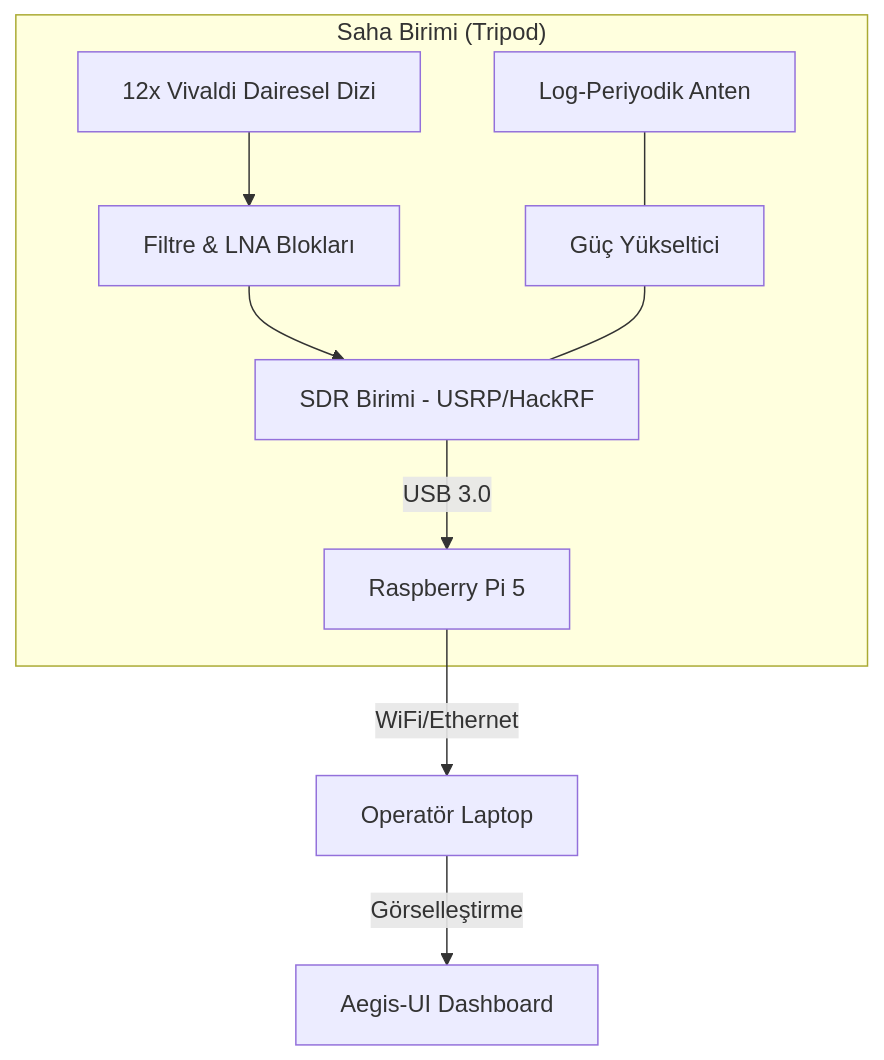
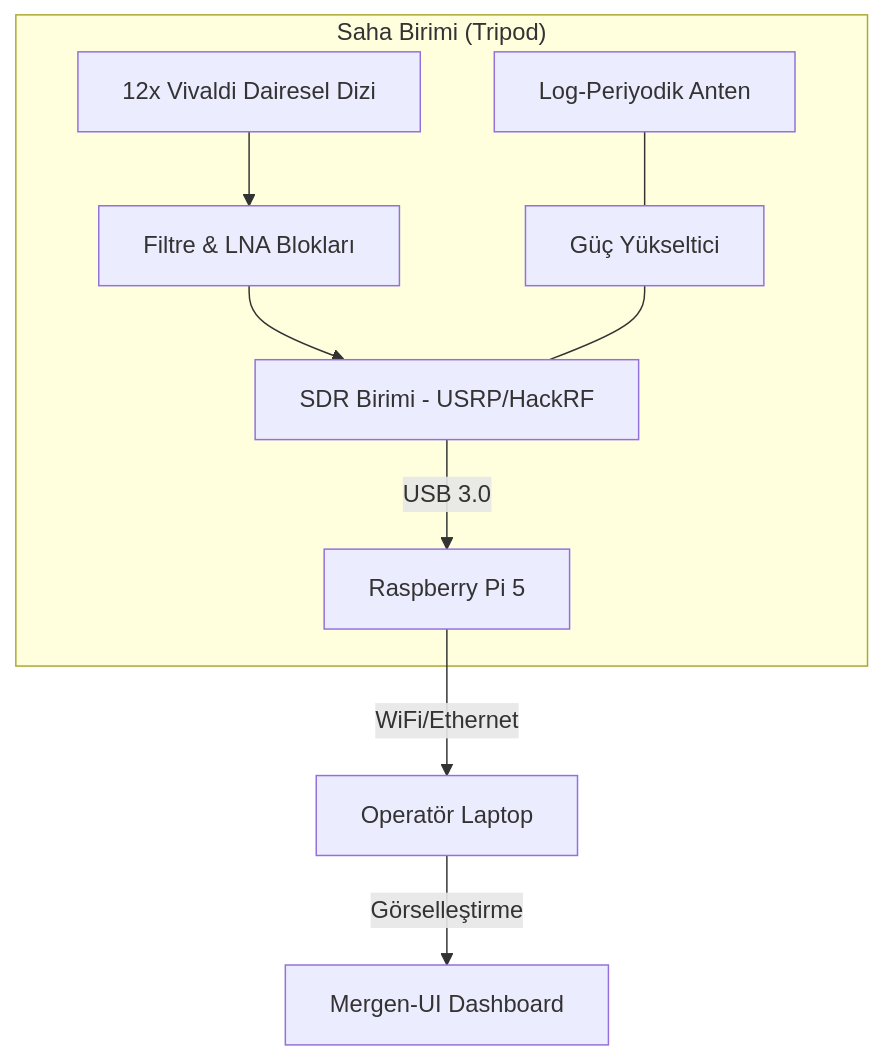
The diagram in DONANIM_PLANI.md (bahattinyunus/teknofest_elektronik_harp), drawn with Mermaid before and after one commit. The commit also changed other lines of this file and 37 other files, not shown here.

Commit message:
Rebranding: Transform Aegis-AI into Mergen-AI (Turkic Mythology Upgrade)

````diff
--- a/DONANIM_PLANI.md
+++ b/DONANIM_PLANI.md
@@ -39,13 +39,13 @@
 ```mermaid
 graph TD
     subgraph "Saha Birimi (Tripod)"
         Anten[12x Vivaldi Dairesel Dizi] --> LNA[Filtre & LNA Blokları]
         LNA --> SDR[SDR Birimi - USRP/HackRF]
         SDR -->|USB 3.0| RPi[Raspberry Pi 5]
         LogP[Log-Periyodik Anten] --- PA[Güç Yükseltici]
         PA --- SDR
     end
     
     RPi -->|WiFi/Ethernet| Laptop[Operatör Laptop]
-    Laptop -->|Görselleştirme| UI[Aegis-UI Dashboard]
+    Laptop -->|Görselleştirme| UI[Mergen-UI Dashboard]
 ```
````
